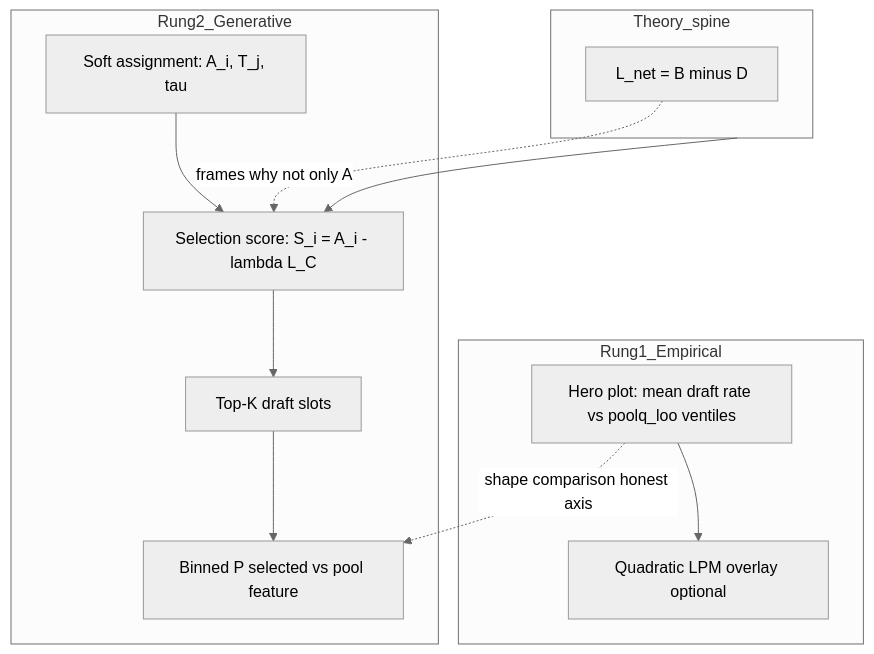
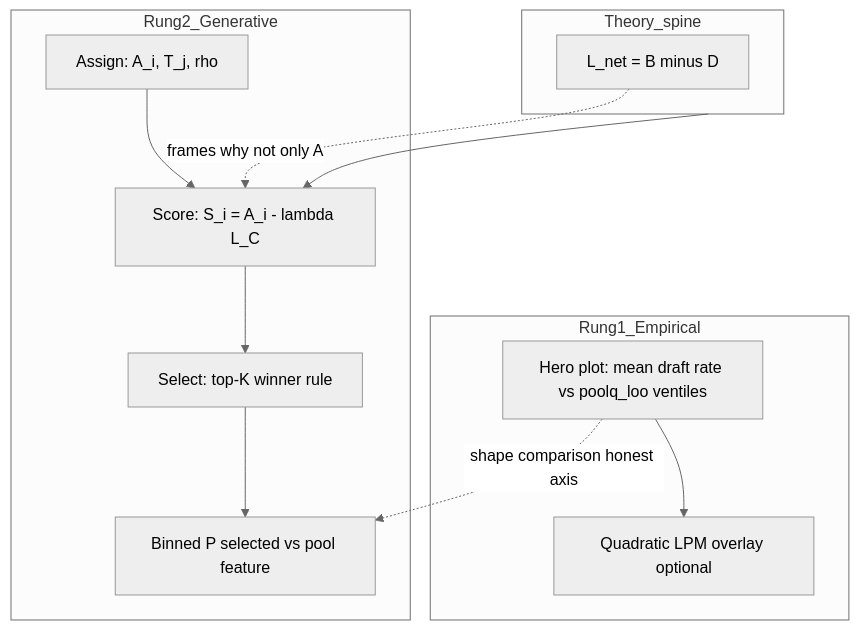
Before and after one commit to MathRanger6/Ivy_Net: the diagram in 3-Master_Plan/plans/20260721_hero_model_reset.plan.md, drawn with Mermaid (neutral theme). The commit also changed other lines of this file and 35 other files, not shown here.

````diff
--- a/3-Master_Plan/plans/20260721_hero_model_reset.plan.md
+++ b/3-Master_Plan/plans/20260721_hero_model_reset.plan.md
@@ -114,21 +139,21 @@
 ```mermaid
 flowchart TB
   subgraph rung1 [Rung1_Empirical]
     Hero["Hero plot: mean draft rate vs poolq_loo ventiles"]
     LPM["Quadratic LPM overlay optional"]
   end
   subgraph rung2 [Rung2_Generative]
-    Assign["Soft assignment: A_i, T_j, tau"]
-    Score["Selection score: S_i = A_i - lambda L_C"]
-    Select["Top-K draft slots"]
+    Assign["Assign: A_i, T_j, rho"]
+    Score["Score: S_i = A_i - lambda L_C"]
+    Select["Select: top-K winner rule"]
     SimPlot["Binned P selected vs pool feature"]
   end
   subgraph theory [Theory_spine]
     Lnet["L_net = B minus D"]
   end
   Hero --> LPM
   theory --> Score
   Assign --> Score --> Select --> SimPlot
   Hero -.->|"shape comparison honest axis"| SimPlot
   Lnet -.->|"frames why not only A"| Score
 ```
````
